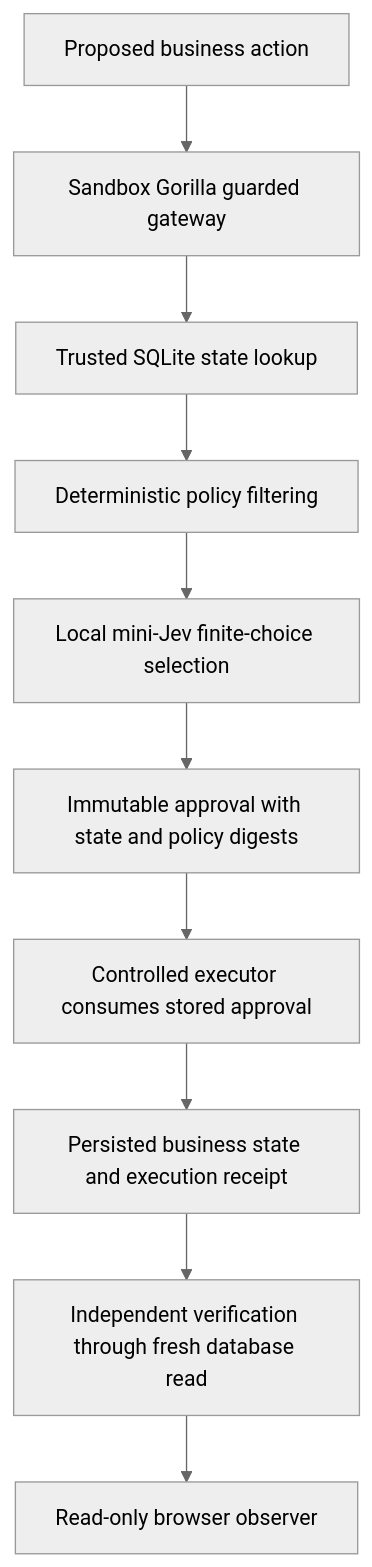
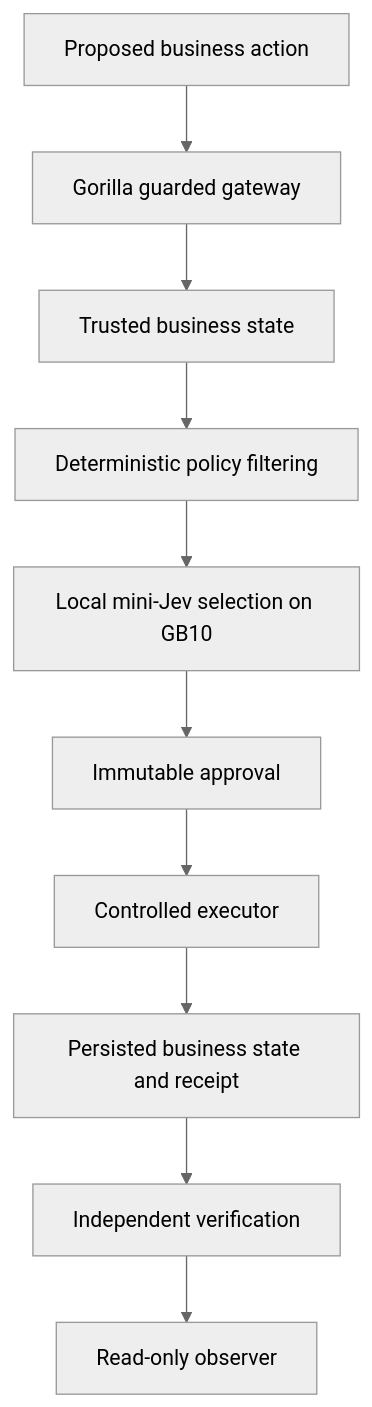
One commit to samat2003/Sandbox-Gorilla changed the diagram in README.md. Above: the diagram before and after it, drawn with Mermaid (neutral theme). The commit also changed other lines of this file and 1 other file, not shown here.

Commit message:
docs: sharpen Sandbox Gorilla product story and judge evidence

````diff
--- a/README.md
+++ b/README.md
@@ -38,12 +163,12 @@
 ```mermaid
 flowchart TD
-    P[Proposed business action] --> G[Sandbox Gorilla guarded gateway]
-    G --> S[Trusted SQLite state lookup]
+    P[Proposed business action] --> G[Gorilla guarded gateway]
+    G --> S[Trusted business state]
     S --> F[Deterministic policy filtering]
-    F --> M[Local mini-Jev finite-choice selection]
-    M --> A[Immutable approval with state and policy digests]
-    A --> E[Controlled executor consumes stored approval]
-    E --> D[Persisted business state and execution receipt]
-    D --> V[Independent verification through fresh database read]
-    V --> O[Read-only browser observer]
+    F --> M[Local mini-Jev selection on GB10]
+    M --> A[Immutable approval]
+    A --> E[Controlled executor]
+    E --> D[Persisted business state and receipt]
+    D --> V[Independent verification]
+    V --> O[Read-only observer]
 ```
````
